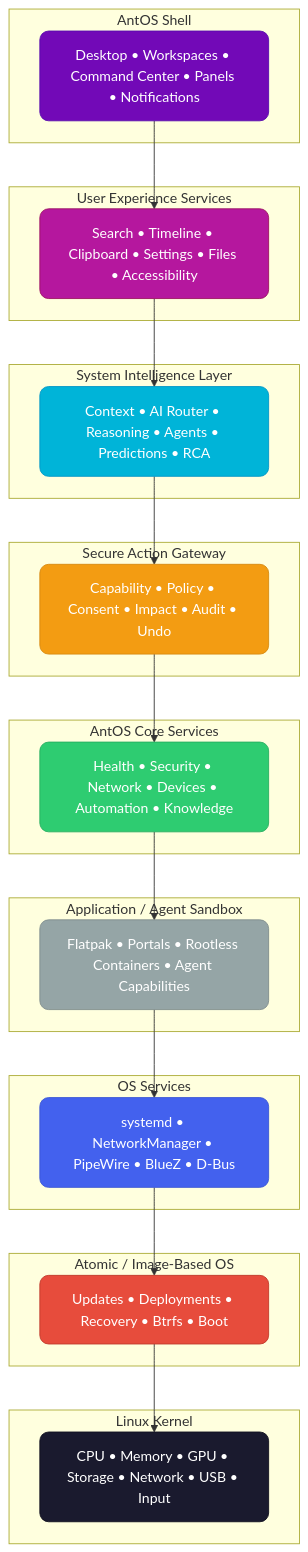
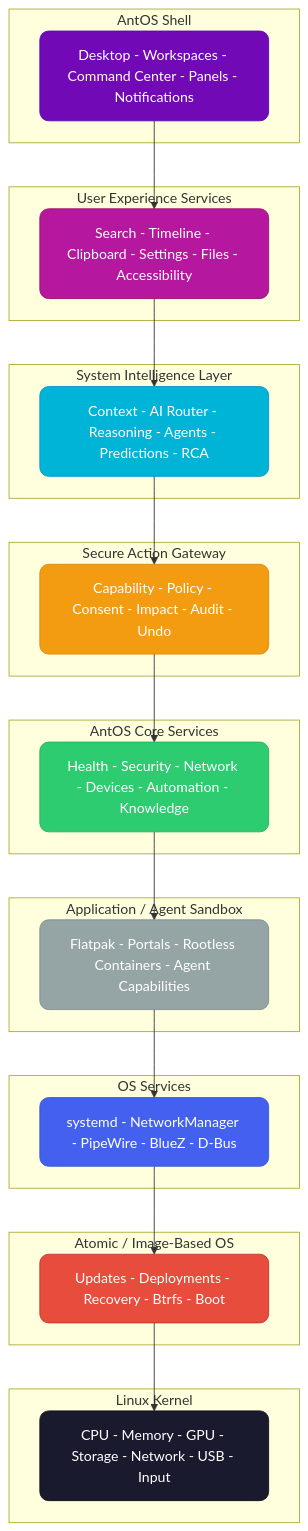
The second of 5 diagrams in AntOS-Features-and-Capabilities_v1.md (abalmalvez-lab/AntOS), drawn with Mermaid before and after one commit. The commit also changed other lines of this file, not shown here.

````diff
--- a/AntOS-Features-and-Capabilities_v1.md
+++ b/AntOS-Features-and-Capabilities_v1.md
@@ -92,42 +92,42 @@
 ```mermaid
 flowchart TD
     classDef shellLayer fill:#7209b7,stroke:#560bad,color:#fff,rx:10
     classDef uxLayer fill:#b5179e,stroke:#9b1160,color:#fff,rx:10
     classDef aiLayer fill:#00b4d8,stroke:#0096c7,color:#fff,rx:10
     classDef gatewayLayer fill:#f39c12,stroke:#d68910,color:#fff,rx:10
     classDef servicesLayer fill:#2ecc71,stroke:#27ae60,color:#fff,rx:10
     classDef sandboxLayer fill:#95a5a6,stroke:#7f8c8d,color:#fff,rx:10
     classDef osLayer fill:#4361ee,stroke:#3a56d4,color:#fff,rx:10
     classDef atomicLayer fill:#e74c3c,stroke:#c0392b,color:#fff,rx:10
     classDef kernelLayer fill:#1a1a2e,stroke:#0f0f1e,color:#fff,rx:10
 
     subgraph S1["AntOS Shell"]
-        S["Desktop • Workspaces • Command Center • Panels • Notifications"]:::shellLayer
+        S["Desktop - Workspaces - Command Center - Panels - Notifications"]:::shellLayer
     end
     subgraph S2["User Experience Services"]
-        U["Search • Timeline • Clipboard • Settings • Files • Accessibility"]:::uxLayer
+        U["Search - Timeline - Clipboard - Settings - Files - Accessibility"]:::uxLayer
     end
     subgraph S3["System Intelligence Layer"]
-        A["Context • AI Router • Reasoning • Agents • Predictions • RCA"]:::aiLayer
+        A["Context - AI Router - Reasoning - Agents - Predictions - RCA"]:::aiLayer
     end
     subgraph S4["Secure Action Gateway"]
-        G["Capability • Policy • Consent • Impact • Audit • Undo"]:::gatewayLayer
+        G["Capability - Policy - Consent - Impact - Audit - Undo"]:::gatewayLayer
     end
     subgraph S5["AntOS Core Services"]
-        C["Health • Security • Network • Devices • Automation • Knowledge"]:::servicesLayer
+        C["Health - Security - Network - Devices - Automation - Knowledge"]:::servicesLayer
     end
     subgraph S6["Application / Agent Sandbox"]
-        X["Flatpak • Portals • Rootless Containers • Agent Capabilities"]:::sandboxLayer
+        X["Flatpak - Portals - Rootless Containers - Agent Capabilities"]:::sandboxLayer
     end
     subgraph S7["OS Services"]
-        O["systemd • NetworkManager • PipeWire • BlueZ • D-Bus"]:::osLayer
+        O["systemd - NetworkManager - PipeWire - BlueZ - D-Bus"]:::osLayer
     end
     subgraph S8["Atomic / Image-Based OS"]
-        T["Updates • Deployments • Recovery • Btrfs • Boot"]:::atomicLayer
+        T["Updates - Deployments - Recovery - Btrfs - Boot"]:::atomicLayer
     end
     subgraph S9["Linux Kernel"]
-        K["CPU • Memory • GPU • Storage • Network • USB • Input"]:::kernelLayer
+        K["CPU - Memory - GPU - Storage - Network - USB - Input"]:::kernelLayer
     end
 
     S --> U --> A --> G --> C --> X --> O --> T --> K
 ```
````
